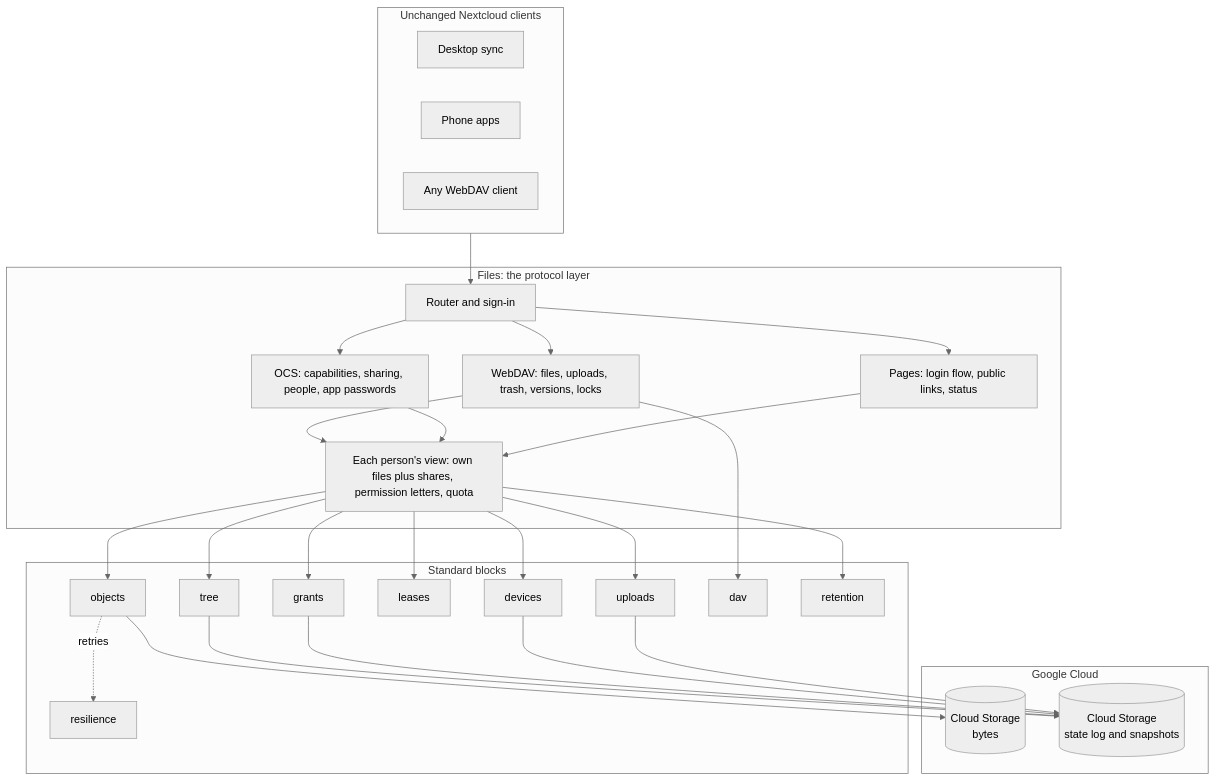
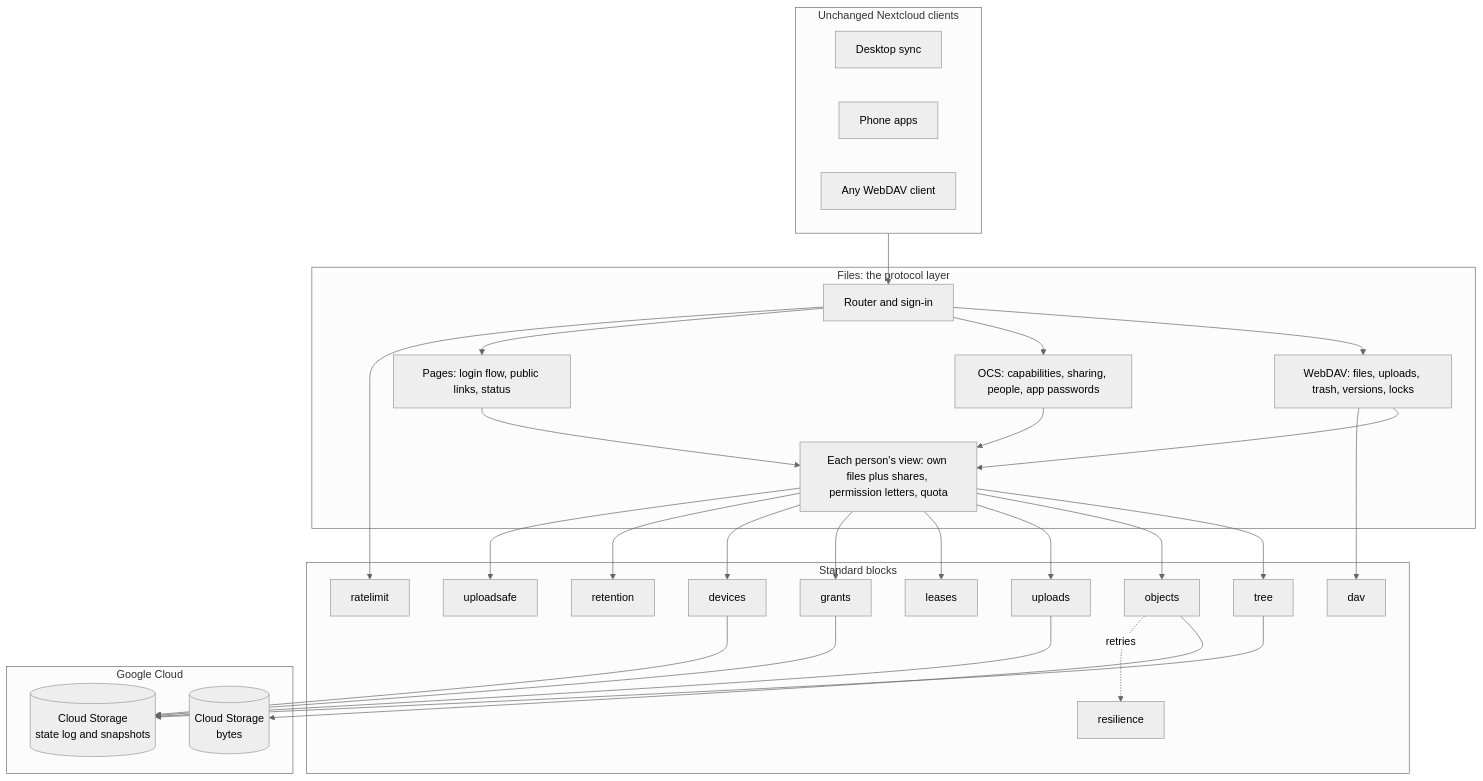
The first of 4 diagrams in files/README.md (russlittle/ZTHR), drawn with Mermaid (neutral theme) before and after one commit. The commit also changed other lines of this file and 20 other files, not shown here.

````diff
--- a/files/README.md
+++ b/files/README.md
@@ -9,38 +9,42 @@
 ```mermaid
 flowchart TB
   subgraph Clients["Unchanged Nextcloud clients"]
     D[Desktop sync]
     M[Phone apps]
     W[Any WebDAV client]
   end
   subgraph Files["Files: the protocol layer"]
     R[Router and sign-in]
     DAV[WebDAV: files, uploads, trash, versions, locks]
     OCS[OCS: capabilities, sharing, people, app passwords]
     P[Pages: login flow, public links, status]
     V[Each person's view: own files plus shares, permission letters, quota]
   end
   subgraph Blocks["Standard blocks"]
     T[tree]
     O[objects]
     U[uploads]
     L[leases]
     G[grants]
     DV[devices]
     X[dav]
     RT[retention]
     RS[resilience]
+    RL[ratelimit]
+    US[uploadsafe]
   end
   subgraph Store["Google Cloud"]
     B[(Cloud Storage\nbytes)]
     S[(Cloud Storage\nstate log and snapshots)]
   end
   Clients --> R --> DAV & OCS & P
   DAV & OCS & P --> V
   V --> T & O & U & L & G & DV
   DAV --> X
   V --> RT
   O --> B
   T & G & DV & U --> S
   O -. retries .-> RS
+  R --> RL
+  V --> US
 ```
````
